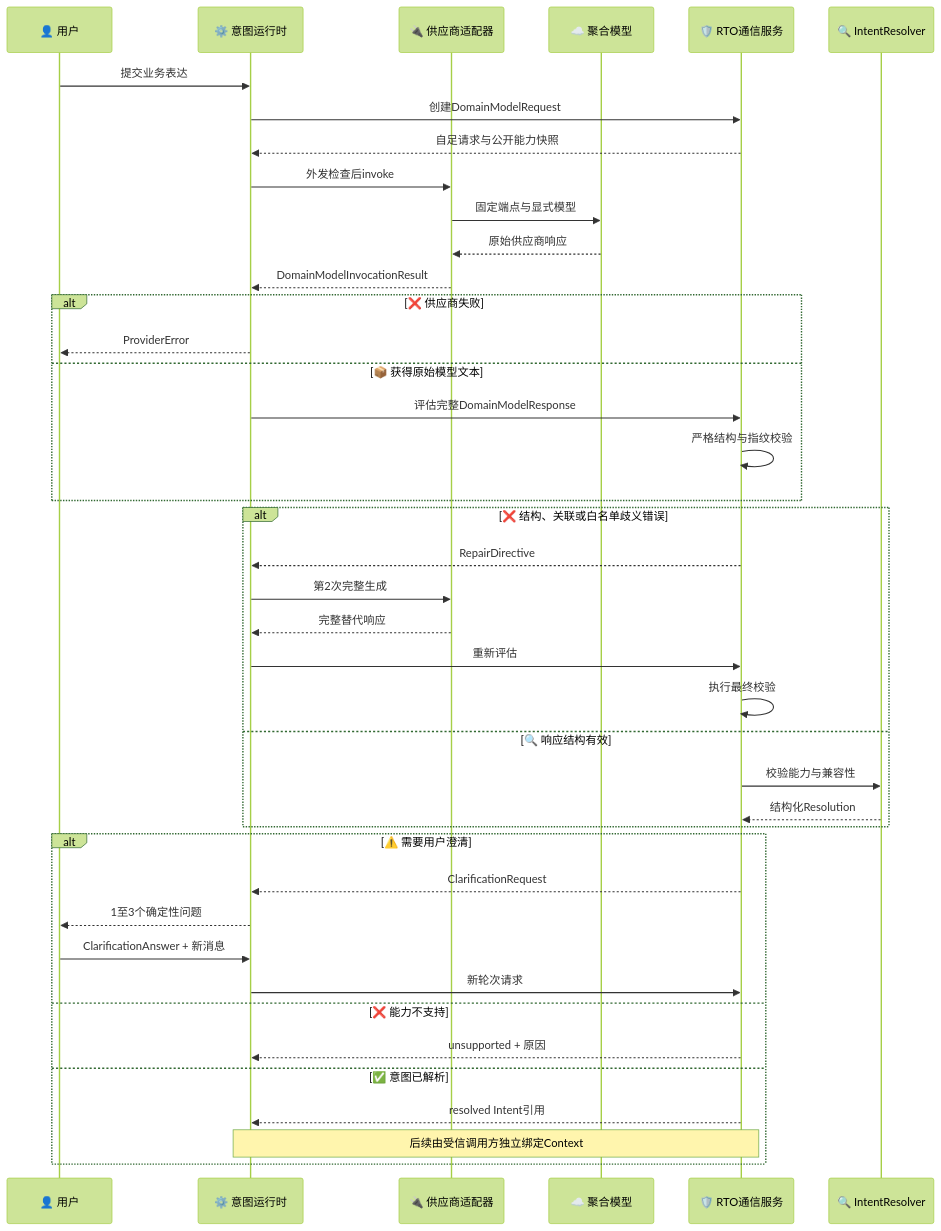
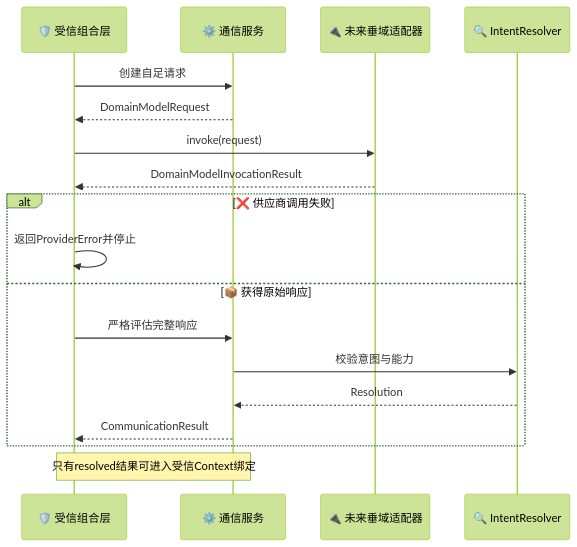
The first of 2 diagrams in docs/rto/02_垂域模型与RTO通信协议.md (lvguima/petroleum_rto_agent), drawn with Mermaid (forest theme) before and after one commit. The commit also changed other lines of this file and 240 other files, not shown here.

````diff
--- a/docs/rto/02_垂域模型与RTO通信协议.md
+++ b/docs/rto/02_垂域模型与RTO通信协议.md
@@ -39,50 +33,26 @@
 ```mermaid
 sequenceDiagram
-    accTitle: 垂域模型意图协商顺序
-    accDescr: 用户、垂域模型运行时、供应商适配器、RTO通信服务与IntentResolver的交互，展示供应商失败、机器修复、用户澄清和已解析路径的隔离。
+    accTitle: 未来严格意图接线顺序
+    accDescr: 受信组合层在通信服务和未来垂域模型适配器之间显式传递自足请求与原始响应；只有已解析意图才能进入后续上下文绑定。
 
-    participant user as 👤 用户
-    participant runtime as ⚙️ 意图运行时
-    participant adapter as 🔌 供应商适配器
-    participant provider as ☁️ 聚合模型
-    participant gateway as 🛡️ RTO通信服务
-    participant resolver as 🔍 IntentResolver
+    participant trusted_caller as 🛡️ 受信组合层
+    participant communication_service as ⚙️ 通信服务
+    participant domain_adapter as 🔌 未来垂域适配器
+    participant intent_resolver as 🔍 IntentResolver
 
-    user->>runtime: 提交业务表达
-    runtime->>gateway: 创建DomainModelRequest
-    gateway-->>runtime: 自足请求与公开能力快照
-    runtime->>adapter: 外发检查后invoke
-    adapter->>provider: 固定端点与显式模型
-    provider-->>adapter: 原始供应商响应
-    adapter-->>runtime: DomainModelInvocationResult
+    trusted_caller->>communication_service: 创建自足请求
+    communication_service-->>trusted_caller: DomainModelRequest
+    trusted_caller->>domain_adapter: invoke(request)
+    domain_adapter-->>trusted_caller: DomainModelInvocationResult
 
-    alt ❌ 供应商失败
-        runtime-->>user: ProviderError
-    else 📦 获得原始模型文本
-        runtime->>gateway: 评估完整DomainModelResponse
-        gateway->>gateway: 严格结构与指纹校验
+    alt ❌ 供应商调用失败
+        trusted_caller->>trusted_caller: 返回ProviderError并停止
+    else 📦 获得原始响应
+        trusted_caller->>communication_service: 严格评估完整响应
+        communication_service->>intent_resolver: 校验意图与能力
+        intent_resolver-->>communication_service: Resolution
+        communication_service-->>trusted_caller: CommunicationResult
     end
 
-    alt ❌ 结构、关联或白名单歧义错误
-        gateway-->>runtime: RepairDirective
-        runtime->>adapter: 第2次完整生成
-        adapter-->>runtime: 完整替代响应
-        runtime->>gateway: 重新评估
-        gateway->>gateway: 执行最终校验
-    else 🔍 响应结构有效
-        gateway->>resolver: 校验能力与兼容性
-        resolver-->>gateway: 结构化Resolution
-    end
-
-    alt ⚠️ 需要用户澄清
-        gateway-->>runtime: ClarificationRequest
-        runtime-->>user: 1至3个确定性问题
-        user->>runtime: ClarificationAnswer + 新消息
-        runtime->>gateway: 新轮次请求
-    else ❌ 能力不支持
-        gateway-->>runtime: unsupported + 原因
-    else ✅ 意图已解析
-        gateway-->>runtime: resolved Intent引用
-        Note over runtime,gateway: 后续由受信调用方独立绑定Context
-    end
+    Note over trusted_caller,communication_service: 只有resolved结果可进入受信Context绑定
 ```
````
